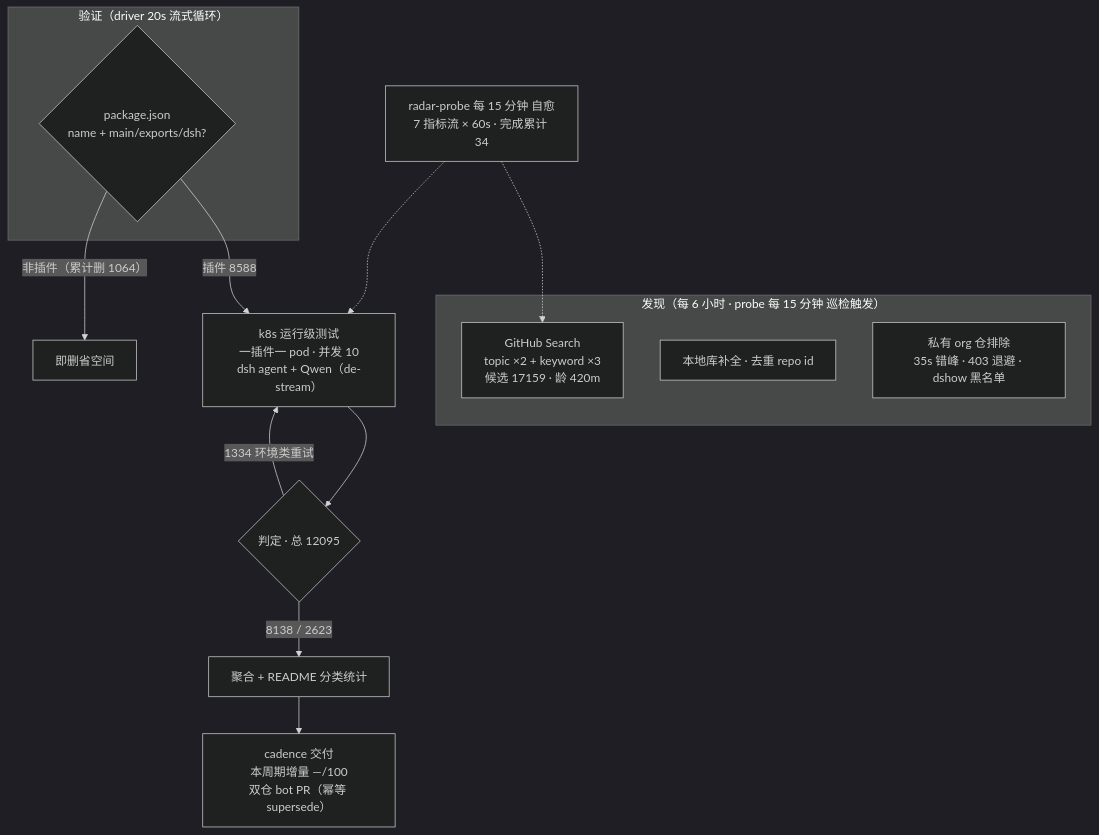
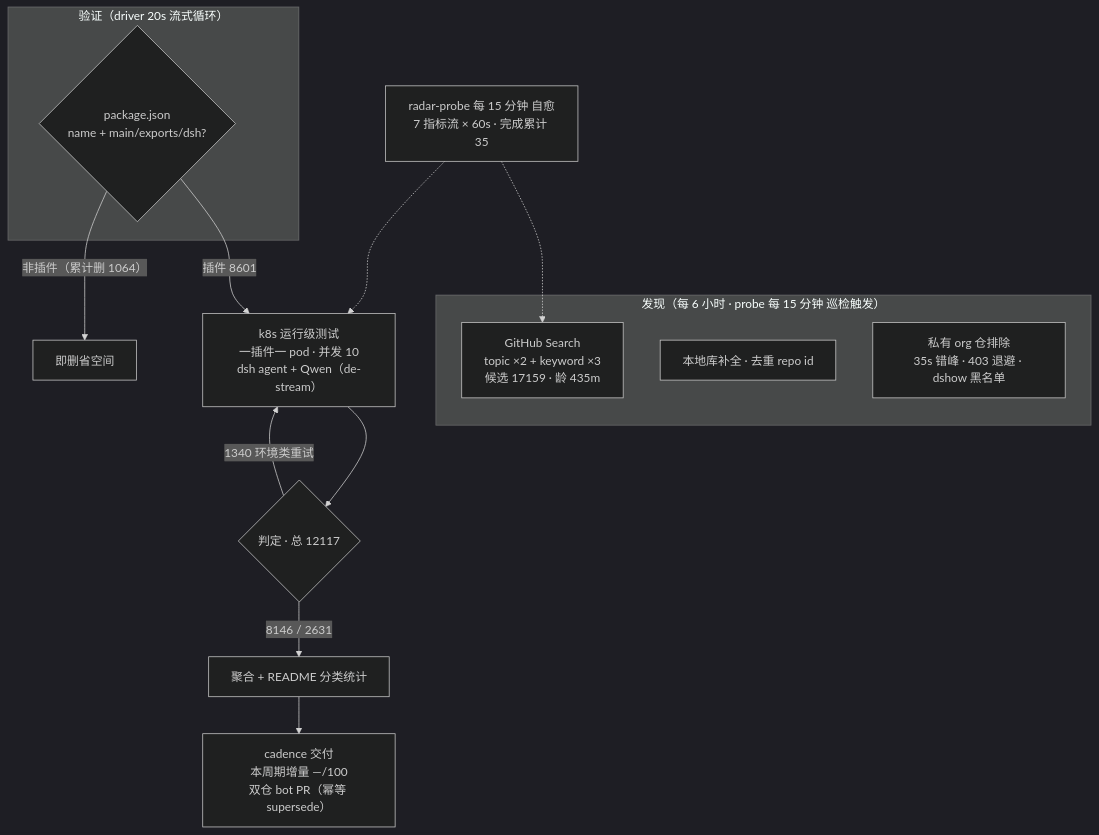
Before and after one commit to Zhidao-Lab-OSS/awesome-dsh-plugins: the diagram in README.md, drawn with Mermaid (dark theme). The commit also changed other lines of this file and 1 other file, not shown here.

````diff
--- a/README.md
+++ b/README.md
@@ -52,20 +52,20 @@
 ```mermaid
 flowchart TB
     subgraph Discovery["发现（每 6 小时 · probe 每 15 分钟 巡检触发）"]
-        A1["GitHub Search<br/>topic ×2 + keyword ×3<br/>候选 17159 · 龄 420m"]
+        A1["GitHub Search<br/>topic ×2 + keyword ×3<br/>候选 17159 · 龄 435m"]
         A2["本地库补全 · 去重 repo id"]
         A3["私有 org 仓排除<br/>35s 错峰 · 403 退避 · dshow 黑名单"]
     end
     subgraph Validation["验证（driver 20s 流式循环）"]
         B1{"package.json<br/>name + main/exports/dsh?"}
     end
-    B1 -->|"插件 8588"| C1["k8s 运行级测试<br/>一插件一 pod · 并发 10<br/>dsh agent + Qwen（de-stream）"]
+    B1 -->|"插件 8601"| C1["k8s 运行级测试<br/>一插件一 pod · 并发 10<br/>dsh agent + Qwen（de-stream）"]
     B1 -->|"非插件（累计删 1064）"| B3["即删省空间"]
-    C1 --> D1{"判定 · 总 12095"}
-    D1 -->|"8138 / 2623"| E1["聚合 + README 分类统计"]
-    D1 -->|"1334 环境类重试"| C1
+    C1 --> D1{"判定 · 总 12117"}
+    D1 -->|"8146 / 2631"| E1["聚合 + README 分类统计"]
+    D1 -->|"1340 环境类重试"| C1
     E1 --> E2["cadence 交付<br/>本周期增量 —/100<br/>双仓 bot PR（幂等 supersede）"]
-    M["radar-probe 每 15 分钟 自愈<br/>7 指标流 × 60s · 完成累计 34"]
+    M["radar-probe 每 15 分钟 自愈<br/>7 指标流 × 60s · 完成累计 35"]
     M -.-> A1
     M -.-> C1
 ```
````
